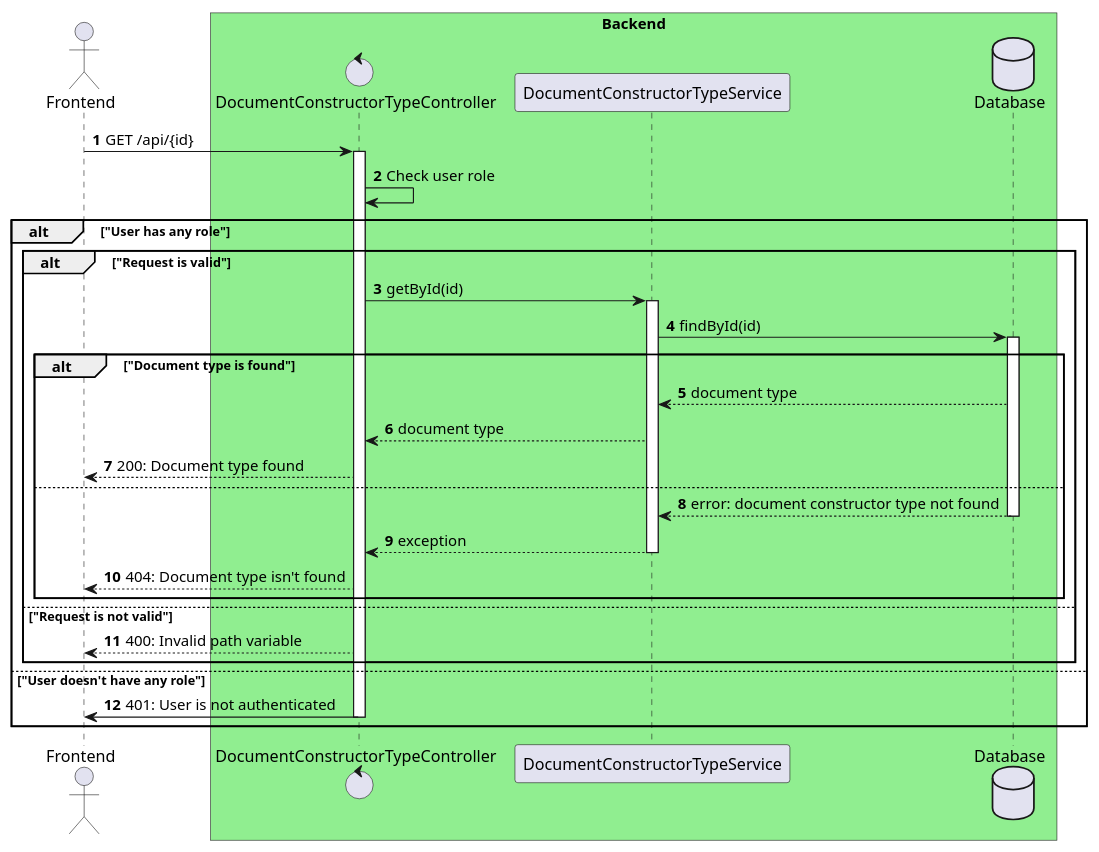
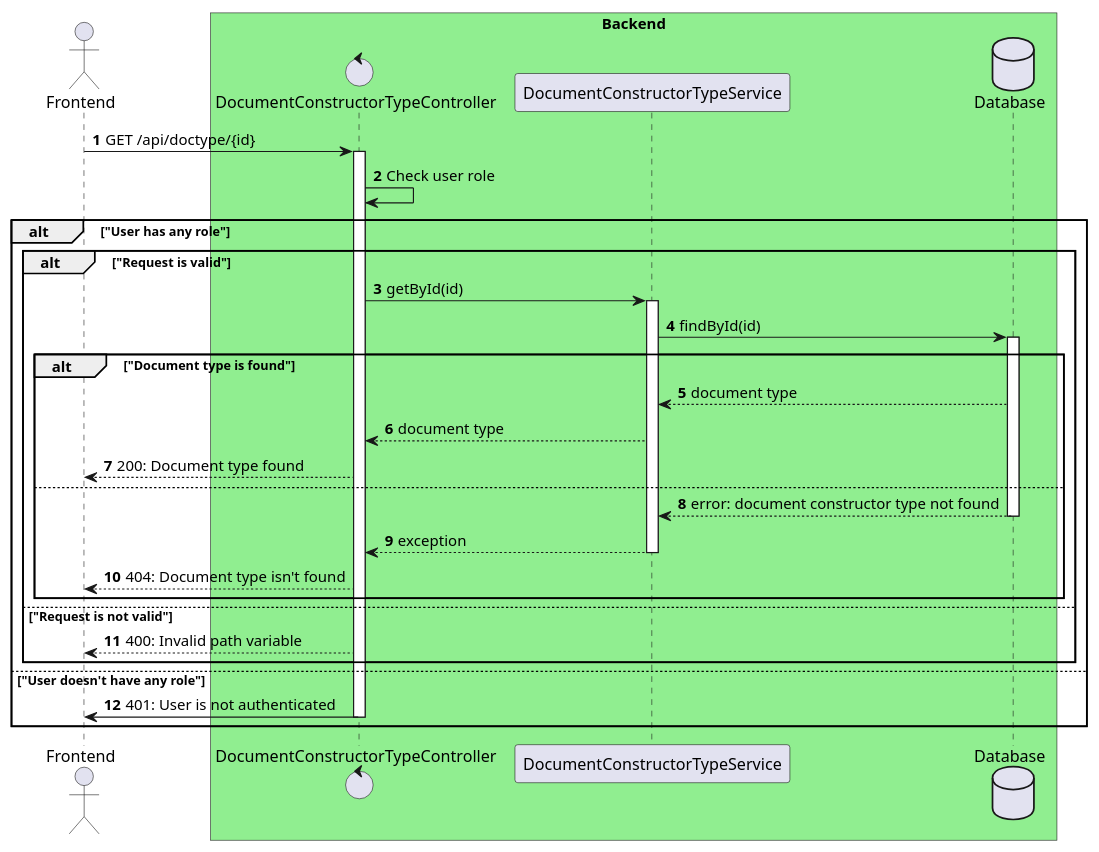
One commit to Sh1bari/CaseLabProject changed the diagram in documentation/sequence-diagrams/DocumentConstructorTypeController/getDocumentType.puml. Above: the diagram before and after it, drawn with PlantUML. The commit also changed 3 other files, not shown here.

Commit message:
replace url from /api... to /api/doctype...

```diff
--- a/documentation/sequence-diagrams/DocumentConstructorTypeController/getDocumentType.puml
+++ b/documentation/sequence-diagrams/DocumentConstructorTypeController/getDocumentType.puml
@@ -1,35 +1,35 @@
 @startuml
 
 actor "Frontend" as front
 
 box "Backend" #Lightgreen
 control "DocumentConstructorTypeController" as controller
 participant "DocumentConstructorTypeService" as service
 database "Database" as db
 end box
 
 autonumber
 
-front -> controller++: GET /api/{id}
+front -> controller++: GET /api/doctype/{id}
 controller -> controller: Check user role
 alt "User has any role"
     alt "Request is valid"
         controller -> service++: getById(id)
         service -> db++: findById(id)
         alt "Document type is found"
             db --> service: document type
             service --> controller: document type
             controller --> front: 200: Document type found
         else
             db --> service--: error: document constructor type not found
             service --> controller--: exception
             controller --> front: 404: Document type isn't found
         end
     else "Request is not valid"
         controller --> front: 400: Invalid path variable
     end
 else "User doesn't have any role"
     controller -> front--: 401: User is not authenticated
 end
 
 @enduml
```
